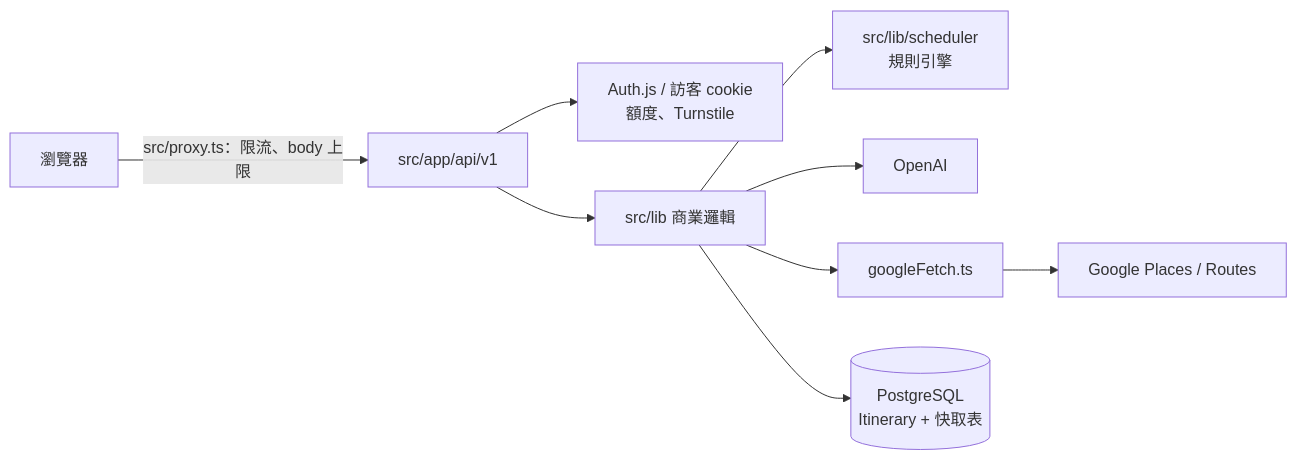
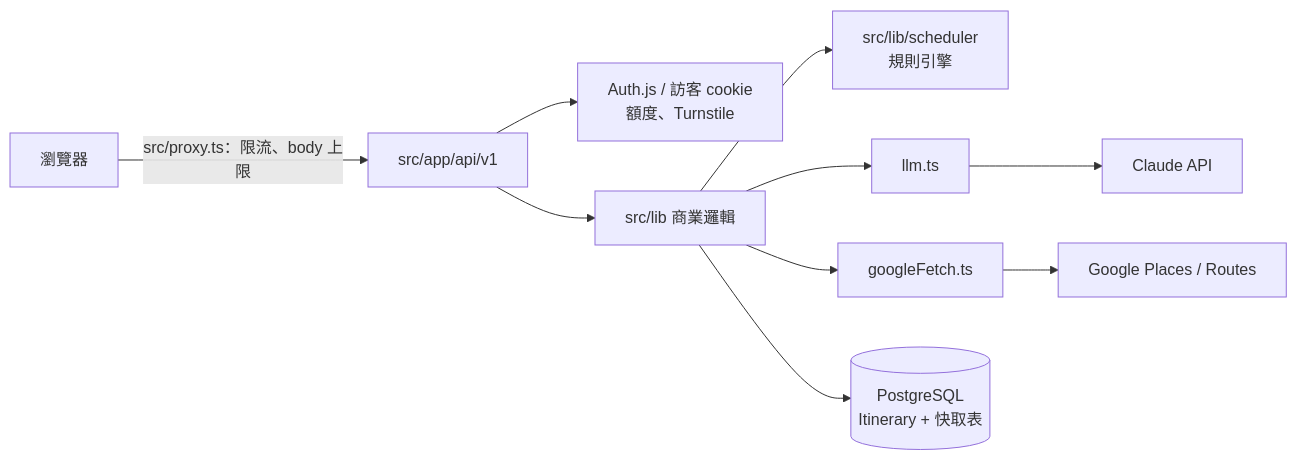
One commit to wanyiyeh/ai-travel-agent changed the first of 2 diagrams in docs/architecture.md. Above: the diagram before and after it, drawn with Mermaid. The commit also changed other lines of this file and 13 other files, not shown here.

First line of the commit message:
docs: describe claude as the llm in use

````diff
--- a/docs/architecture.md
+++ b/docs/architecture.md
@@ -7,10 +7,10 @@
 ```mermaid
 flowchart LR
   U[瀏覽器] -->|"src/proxy.ts：限流、body 上限"| API[src/app/api/v1]
   API --> AUTH[Auth.js / 訪客 cookie<br/>額度、Turnstile]
   API --> LIB[src/lib 商業邏輯]
   LIB --> SCH[src/lib/scheduler<br/>規則引擎]
-  LIB --> OAI[OpenAI]
+  LIB --> LLM[llm.ts] --> CL[Claude API]
   LIB --> GF[googleFetch.ts] --> G[Google Places / Routes]
   LIB --> DB[(PostgreSQL<br/>Itinerary + 快取表)]
 ```
````
